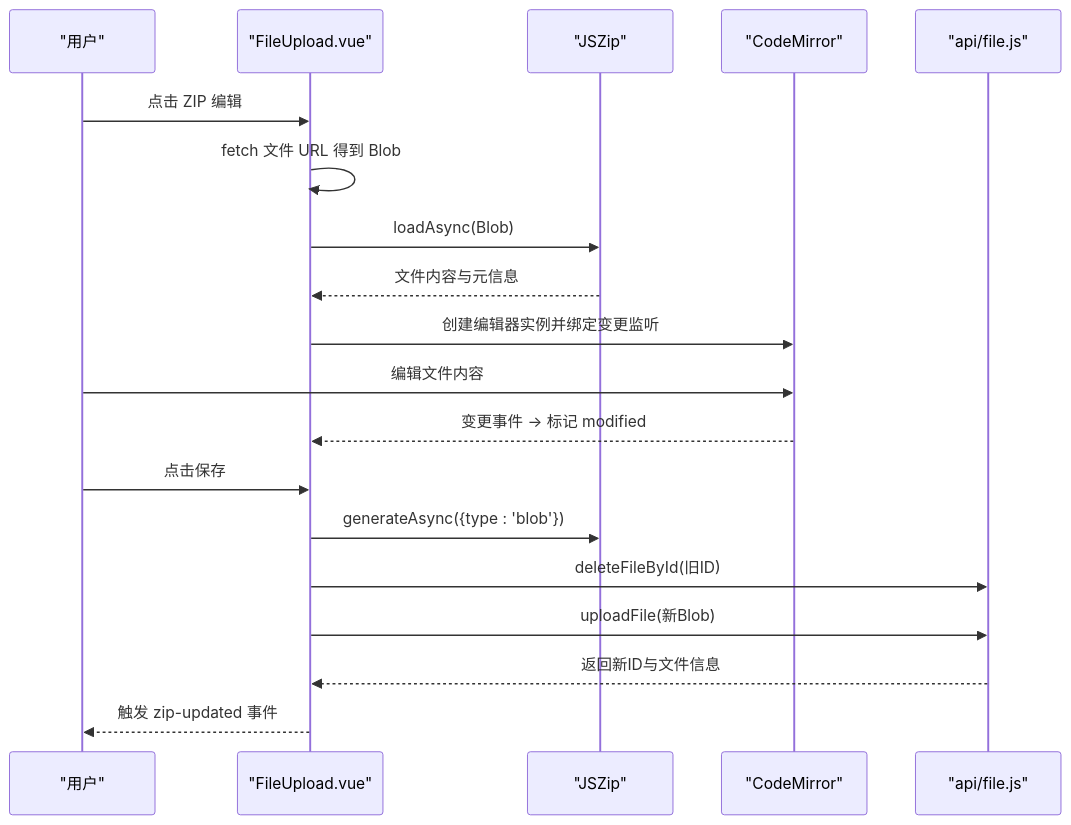
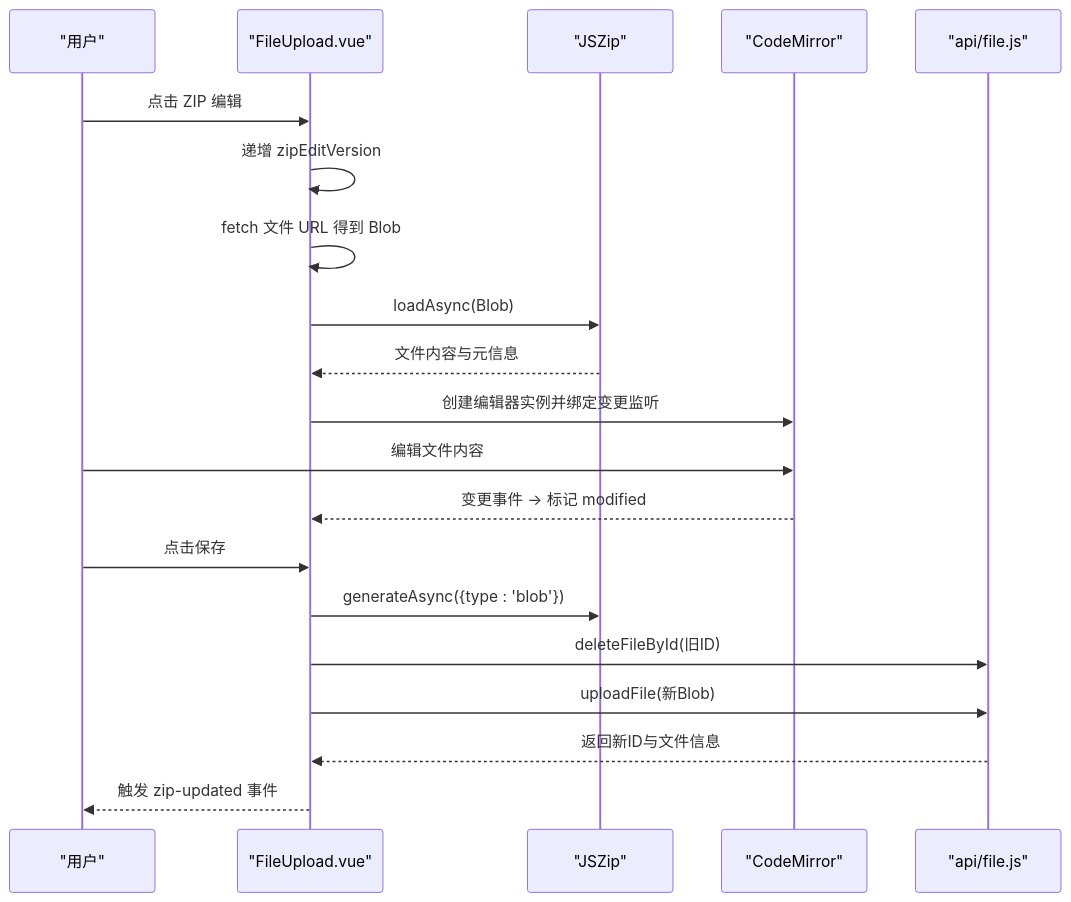
One commit to junkai-li/NetCoreKevin changed the fourth of 5 diagrams in .qoder/repowiki/zh/content/前端架构/组件设计/文件上传组件/文件上传组件.md. Above: the diagram before and after it, drawn with Mermaid. The commit also changed other lines of this file and 42 other files, not shown here.

````diff
--- a/.qoder/repowiki/zh/content/前端架构/组件设计/文件上传组件/文件上传组件.md
+++ b/.qoder/repowiki/zh/content/前端架构/组件设计/文件上传组件/文件上传组件.md
@@ -173,21 +193,22 @@
 ```mermaid
 sequenceDiagram
 participant U as "用户"
 participant C as "FileUpload.vue"
 participant Z as "JSZip"
 participant E as "CodeMirror"
 participant API as "api/file.js"
 U->>C : 点击 ZIP 编辑
+C->>C : 递增 zipEditVersion
 C->>C : fetch 文件 URL 得到 Blob
 C->>Z : loadAsync(Blob)
 Z-->>C : 文件内容与元信息
 C->>E : 创建编辑器实例并绑定变更监听
 U->>E : 编辑文件内容
 E-->>C : 变更事件 -> 标记 modified
 U->>C : 点击保存
 C->>Z : generateAsync({type : 'blob'})
 C->>API : deleteFileById(旧ID)
 C->>API : uploadFile(新Blob)
 API-->>C : 返回新ID与文件信息
 C-->>U : 触发 zip-updated 事件
 ```
````
